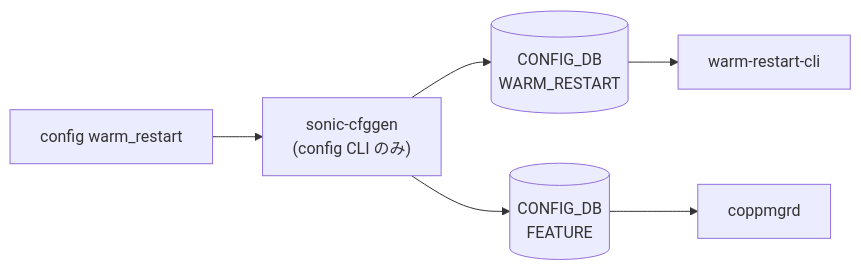
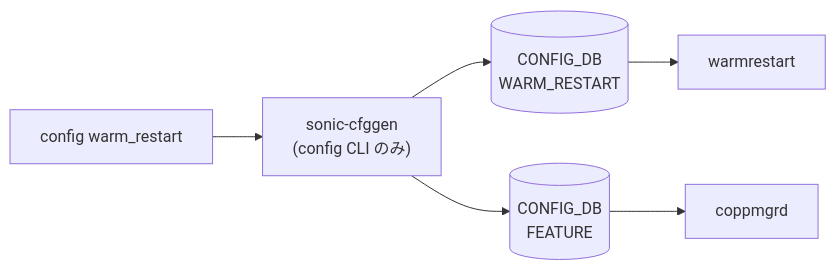
The diagram in docs/reference/cli/config-warm_restart.md (aoki-taquan/sonic-unofficial-docs), drawn with Mermaid before and after one commit. The commit also changed 26 other files, not shown here.

First line of the commit message:
chore(cli): add cli-mermaid blocks to remaining 20 CLI reference pages

````diff
--- a/docs/reference/cli/config-warm_restart.md
+++ b/docs/reference/cli/config-warm_restart.md
@@ -68,14 +68,14 @@
 ```mermaid
 flowchart LR
   CLI["config warm_restart"]
   SC["sonic-cfggen<br/>(config CLI のみ)"]
   CLI --> SC
   CDB0[("CONFIG_DB<br/>WARM_RESTART")]
   SC --> CDB0
-  DM0["warm-restart-cli"]
+  DM0["warmrestart"]
   CDB0 --> DM0
   CDB1[("CONFIG_DB<br/>FEATURE")]
   SC --> CDB1
   DM1["coppmgrd"]
   CDB1 --> DM1
 ```
````
